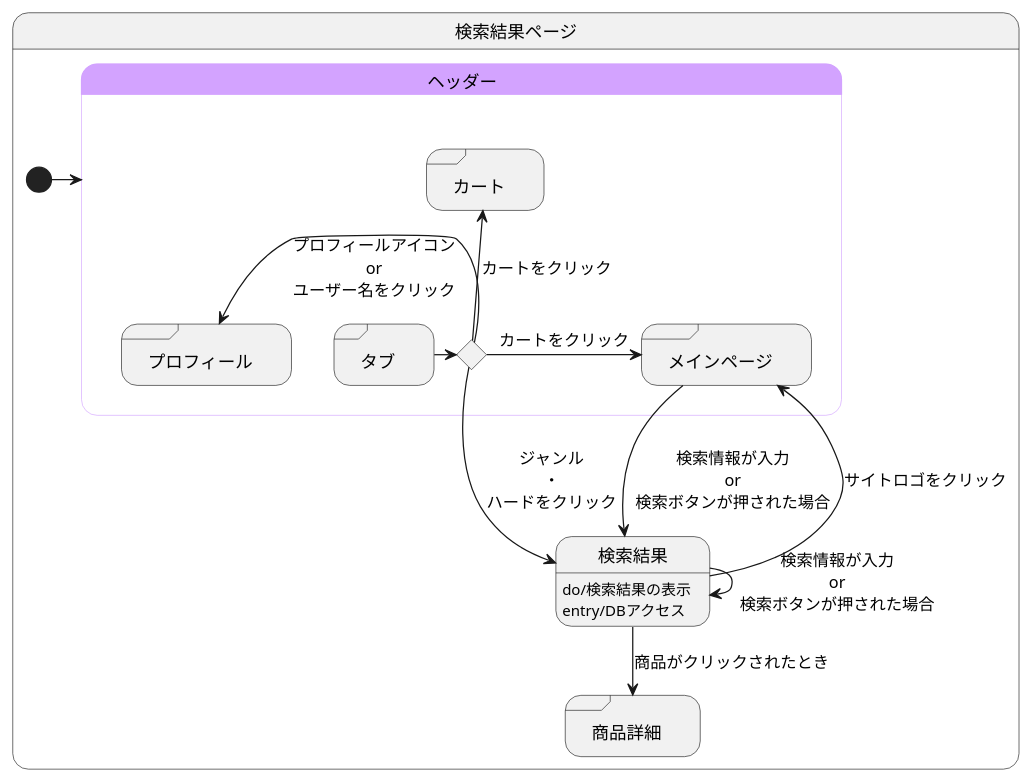
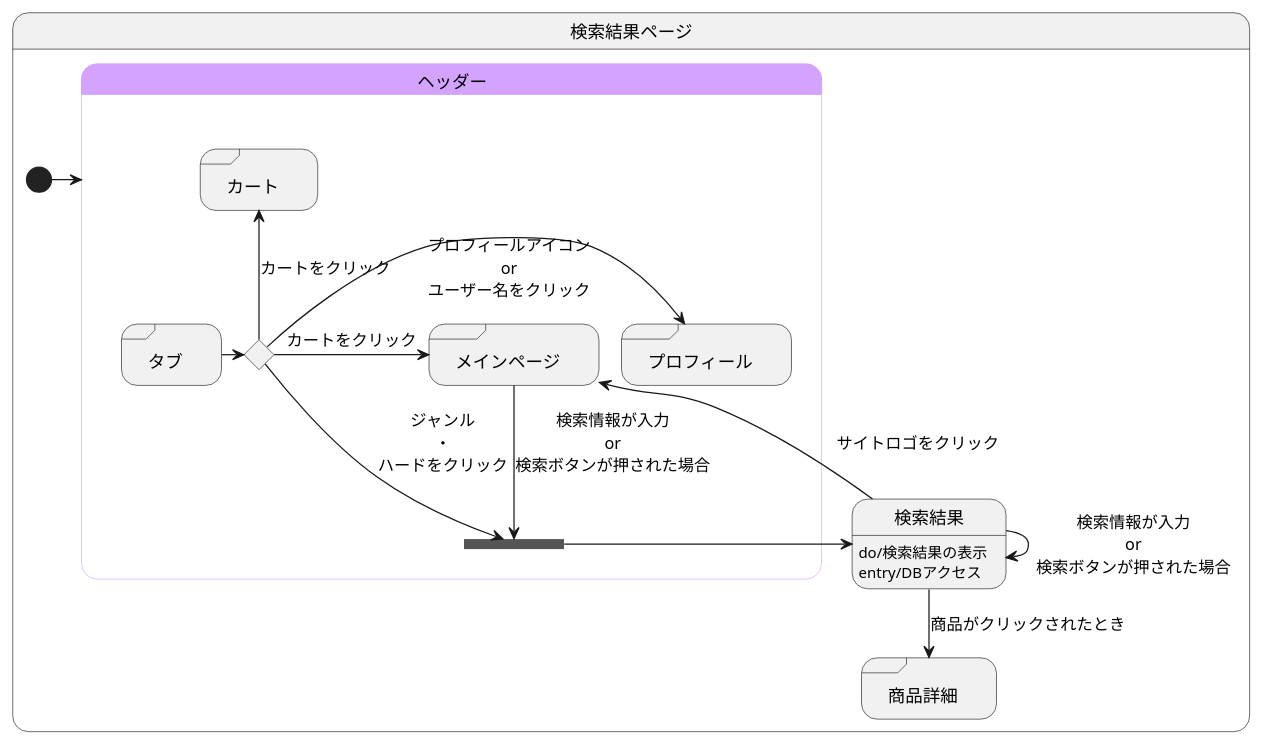
The diagram in 検索結果.md (akutori/T-D-E), drawn with PlantUML before and after one commit.

Commit message:
forkの追加

````diff
--- a/検索結果.md
+++ b/検索結果.md
@@ -1,41 +1,43 @@
 ```uml
 @startuml
 state 検索結果ページ{
 
 
     state 検索結果:do/検索結果の表示
     state 検索結果:entry/DBアクセス
     state "商品詳細" as goodsdetail <<sdlreceive>>
     
 
 
     [*] -> ヘッダー
     
     検索結果 --> goodsdetail :商品がクリックされたとき
     検索結果 --> 検索結果 :検索情報が入力\nor\n検索ボタンが押された場合
     
 
     state ヘッダー<<headder>>{
+        state fork_header <<fork>>
         state ifinput <<choice>>
         state "タブ" as tab <<sdlreceive>>
         state "カート" as cart <<sdlreceive>>
         state "プロフィール" as profile <<sdlreceive>>
         state "メインページ" as mainpage <<sdlreceive>>
 
-        tab -> ifinput 
-        ifinput --> 検索結果 :ジャンル\n・\nハードをクリック
+        tab -right-> ifinput 
         ifinput -up-> cart :カートをクリック
-        ifinput -left-> profile :プロフィールアイコン\nor\nユーザー名をクリック
+        ifinput -> profile :プロフィールアイコン\nor\nユーザー名をクリック
         ifinput -> mainpage :カートをクリック
+        ifinput --> fork_header :ジャンル\n・\nハードをクリック
 
-        mainpage -> 検索結果 :検索情報が入力\nor\n検索ボタンが押された場合
-        検索結果 -left-> mainpage :サイトロゴをクリック
+        mainpage --> fork_header :検索情報が入力\nor\n検索ボタンが押された場合
+        検索結果 --> mainpage :サイトロゴをクリック
+        fork_header -> 検索結果
     }
 
     skinparam stateBorderColor<<headder>> #d3a3ff
     state ヘッダー #d3a3ff
 
 }
 
 @enduml
 ```
````
